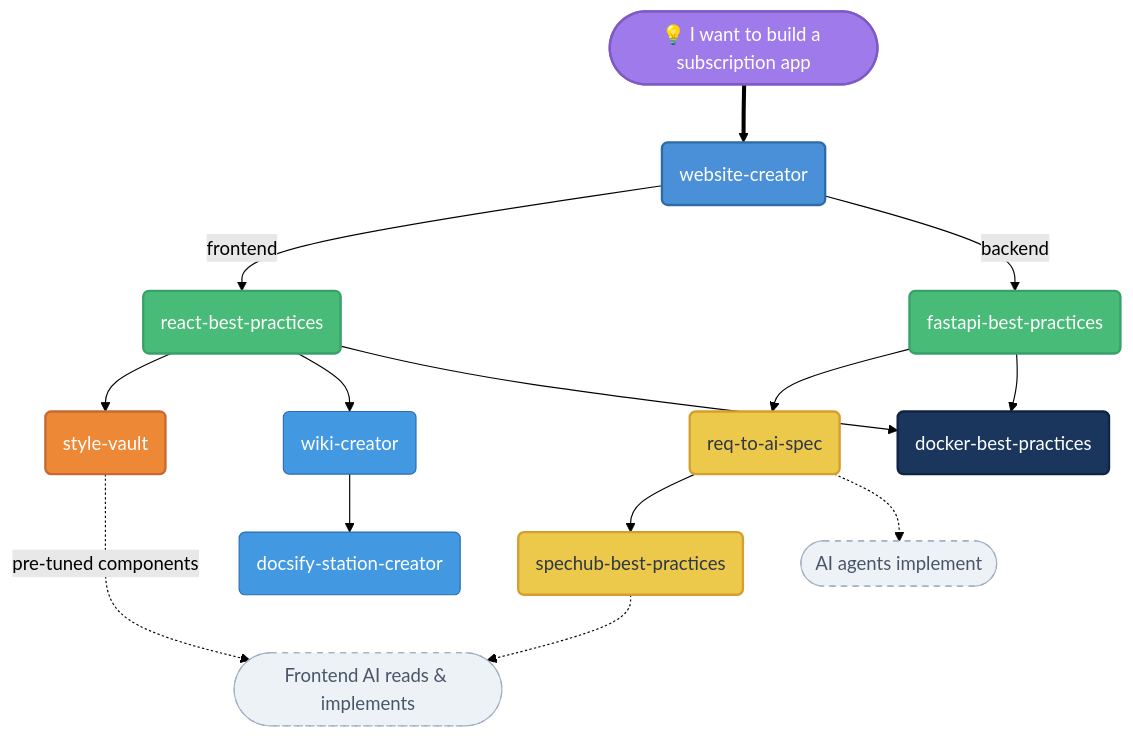
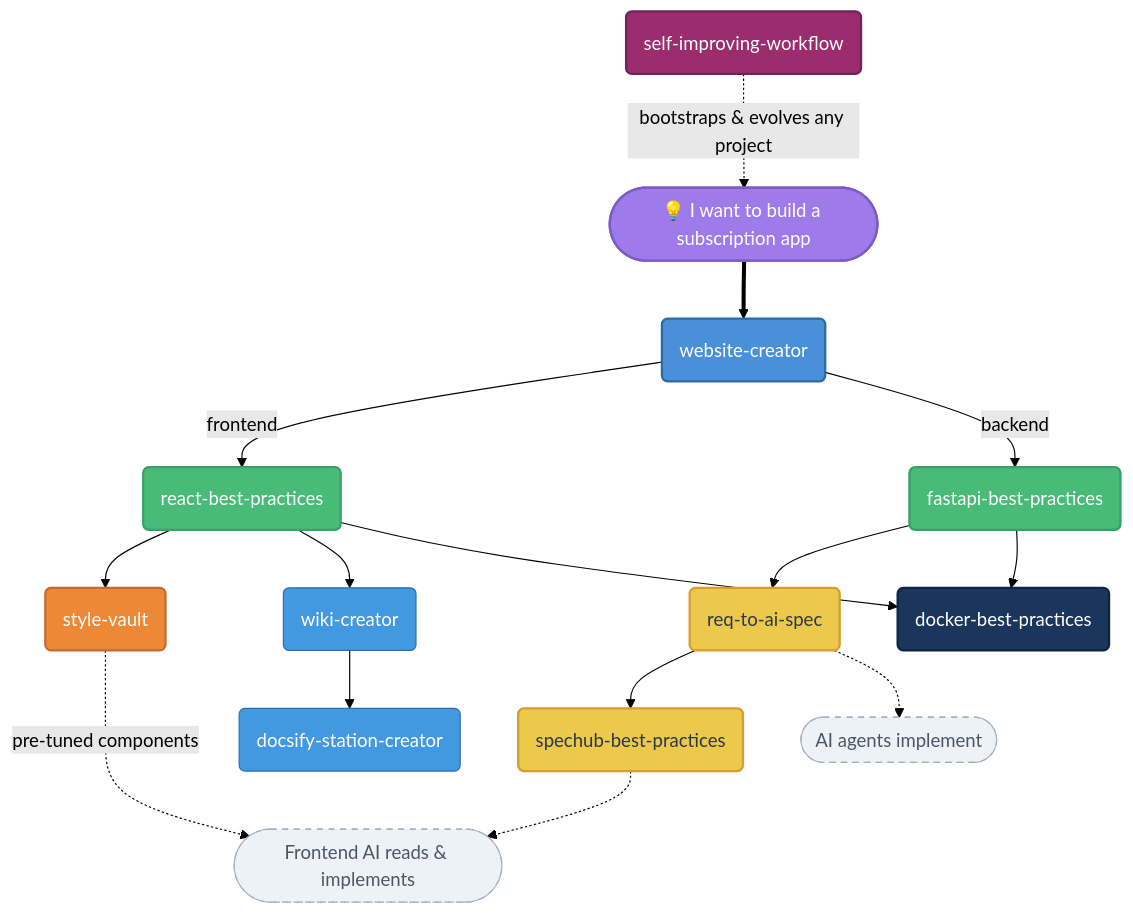
One commit to garveyhu/awesome-skills changed the diagram in README.md. Above: the diagram before and after it, drawn with Mermaid (forest theme). The commit also changed other lines of this file and 27 other files, not shown here.

First line of the commit message:
feat: add self-improving-workflow skill (3-tier project workflow scaffold)

````diff
--- a/README.md
+++ b/README.md
@@ -23,37 +23,41 @@
 ```mermaid
 graph TB
     classDef idea fill:#9F7AEA,stroke:#7C5CC4,stroke-width:2px,color:#fff
     classDef scaffold fill:#4A90D9,stroke:#2E6BA6,stroke-width:2px,color:#fff
     classDef dev fill:#48BB78,stroke:#38A169,stroke-width:2px,color:#fff
     classDef uistyle fill:#ED8936,stroke:#C66A32,stroke-width:2px,color:#fff
     classDef docs fill:#4299E1,stroke:#2B6CB0,stroke-width:1px,color:#fff
     classDef spec fill:#ECC94B,stroke:#D69E2E,stroke-width:2px,color:#2D3748
     classDef deploy fill:#1A365D,stroke:#0F2440,stroke-width:2px,color:#fff
     classDef action fill:#EDF2F7,stroke:#A0AEC0,stroke-width:1px,color:#4A5568,stroke-dasharray:5 5
+    classDef meta fill:#9B2C6E,stroke:#702459,stroke-width:2px,color:#fff
+
+    Meta(self-improving-workflow):::meta
+    Meta -.->|"bootstraps & evolves any project"| Start
 
     Start(["💡 I want to build a subscription app"]):::idea
     WC(website-creator):::scaffold
     React(react-best-practices):::dev
     FastAPI(fastapi-best-practices):::dev
     SV(style-vault):::uistyle
     Wiki(wiki-creator):::docs
     Docsify(docsify-station-creator):::docs
     Req(req-to-ai-spec):::spec
     Spec(spechub-best-practices):::spec
     Docker(docker-best-practices):::deploy
     Impl([AI agents implement]):::action
     FrontAI([Frontend AI reads & implements]):::action
 
     Start ==> WC
     WC -->|frontend| React
     WC -->|backend| FastAPI
     React --> SV
     React --> Wiki
     FastAPI --> Req
     Req --> Spec
     Spec -.-> FrontAI
     SV -.->|"pre-tuned components"| FrontAI
     Wiki --> Docsify
     React & FastAPI --> Docker
     Req -.-> Impl
 ```
````
